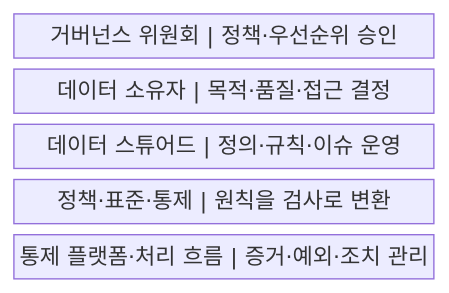
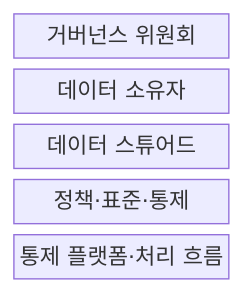
Before and after one commit to agnusdei1207/knowledge-base: the first of 2 diagrams in src/content/docs/notes/03-software/135_data_governance.md, drawn with Mermaid. The commit also changed other lines of this file and 238 other files, not shown here.

````diff
--- a/src/content/docs/notes/03-software/135_data_governance.md
+++ b/src/content/docs/notes/03-software/135_data_governance.md
@@ -57,9 +57,9 @@
 ```mermaid
-block
+block-beta
     columns 1
-    A["거버넌스 위원회 | 정책·우선순위 승인"]
-    B["데이터 소유자 | 목적·품질·접근 결정"]
-    C["데이터 스튜어드 | 정의·규칙·이슈 운영"]
-    D["정책·표준·통제 | 원칙을 검사로 변환"]
-    E["통제 플랫폼·처리 흐름 | 증거·예외·조치 관리"]
+    A["거버넌스 위원회"]
+    B["데이터 소유자"]
+    C["데이터 스튜어드"]
+    D["정책·표준·통제"]
+    E["통제 플랫폼·처리 흐름"]
 ```
````
